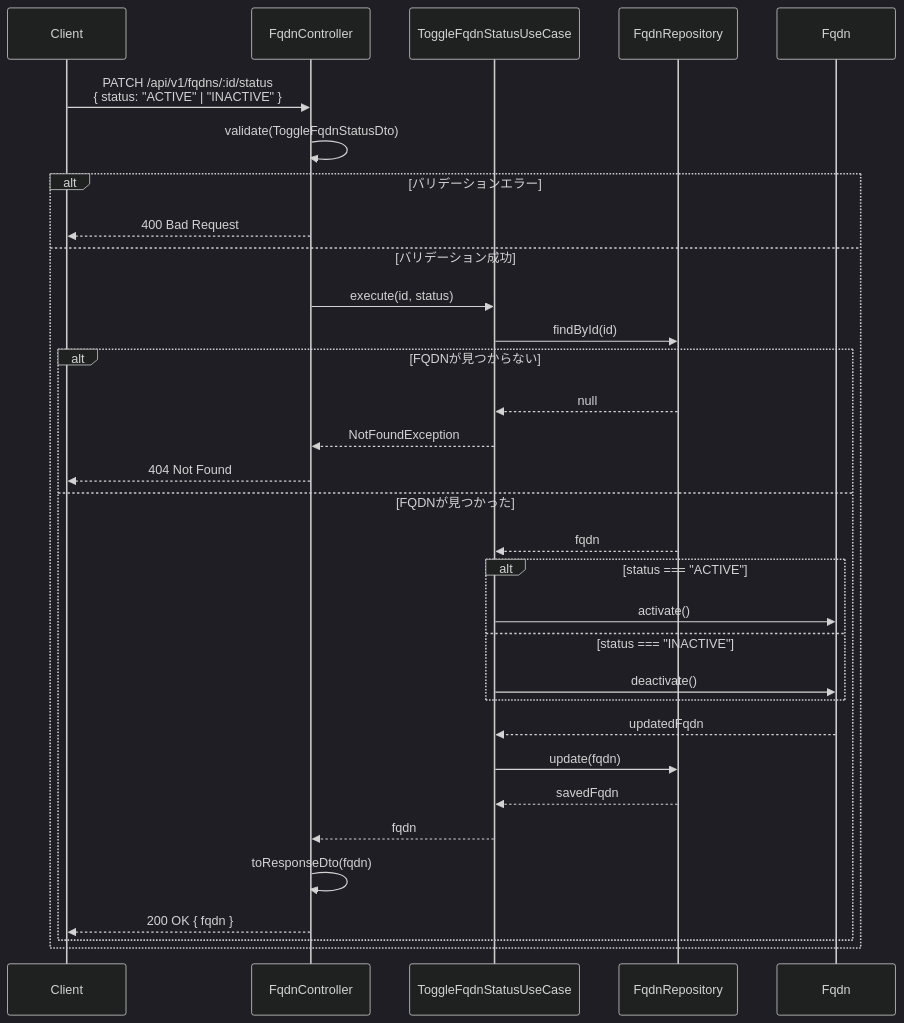
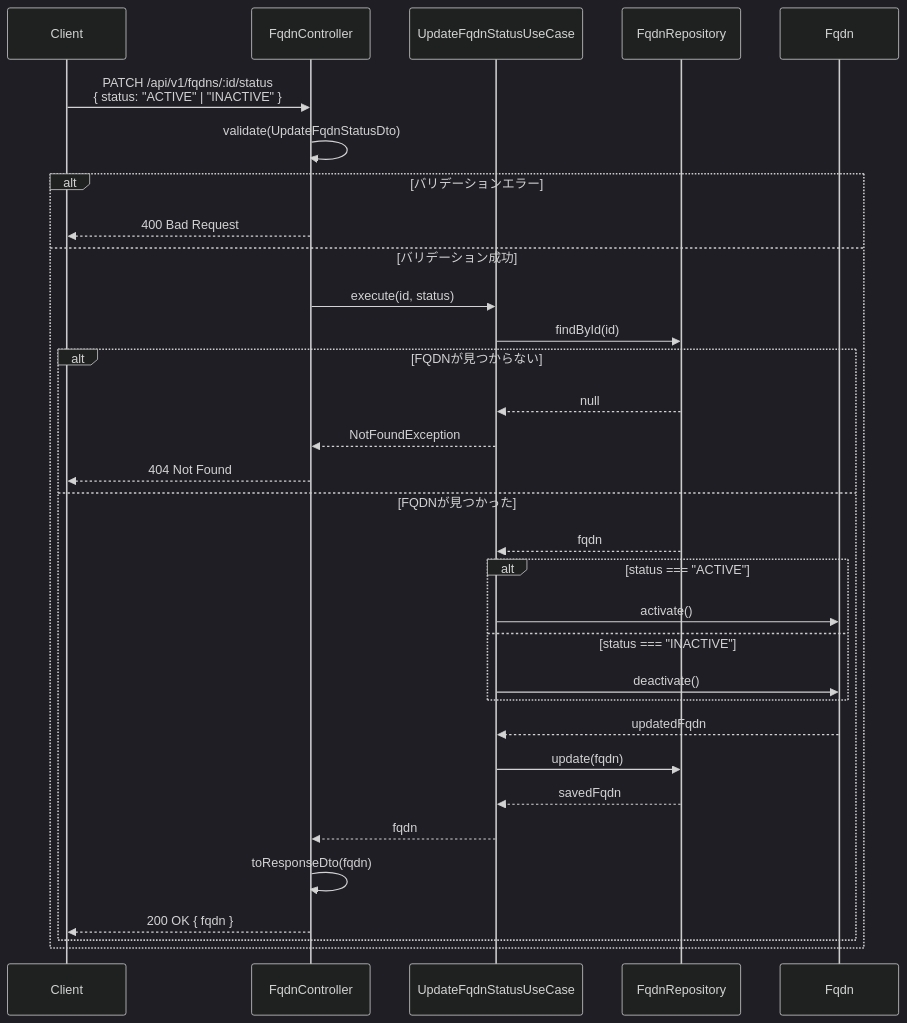
One commit to kencom2400/MrWebDefence-Console changed the sixth of 6 diagrams in docs/detailed-design/MWD-36_fqdn-management/sequence-diagrams.md. Above: the diagram before and after it, drawn with Mermaid (dark theme). The commit also changed 3 other files, not shown here.

First line of the commit message:
docs(fqdn-management): Gemini指摘対応 - ToggleFqdnStatusUseCaseをUpdateFqdnStatusUseCaseにリネーム

````diff
--- a/docs/detailed-design/MWD-36_fqdn-management/sequence-diagrams.md
+++ b/docs/detailed-design/MWD-36_fqdn-management/sequence-diagrams.md
@@ -184,42 +184,42 @@
 ```mermaid
 sequenceDiagram
     participant Client
     participant FqdnController
-    participant ToggleFqdnStatusUseCase
+    participant UpdateFqdnStatusUseCase
     participant FqdnRepository
     participant Fqdn
 
     Client->>FqdnController: PATCH /api/v1/fqdns/:id/status<br/>{ status: "ACTIVE" | "INACTIVE" }
-    FqdnController->>FqdnController: validate(ToggleFqdnStatusDto)
+    FqdnController->>FqdnController: validate(UpdateFqdnStatusDto)
     
     alt バリデーションエラー
         FqdnController-->>Client: 400 Bad Request
     else バリデーション成功
-        FqdnController->>ToggleFqdnStatusUseCase: execute(id, status)
+        FqdnController->>UpdateFqdnStatusUseCase: execute(id, status)
         
-        ToggleFqdnStatusUseCase->>FqdnRepository: findById(id)
+        UpdateFqdnStatusUseCase->>FqdnRepository: findById(id)
         
         alt FQDNが見つからない
-            FqdnRepository-->>ToggleFqdnStatusUseCase: null
-            ToggleFqdnStatusUseCase-->>FqdnController: NotFoundException
+            FqdnRepository-->>UpdateFqdnStatusUseCase: null
+            UpdateFqdnStatusUseCase-->>FqdnController: NotFoundException
             FqdnController-->>Client: 404 Not Found
         else FQDNが見つかった
-            FqdnRepository-->>ToggleFqdnStatusUseCase: fqdn
+            FqdnRepository-->>UpdateFqdnStatusUseCase: fqdn
             
             alt status === "ACTIVE"
-                ToggleFqdnStatusUseCase->>Fqdn: activate()
+                UpdateFqdnStatusUseCase->>Fqdn: activate()
             else status === "INACTIVE"
-                ToggleFqdnStatusUseCase->>Fqdn: deactivate()
+                UpdateFqdnStatusUseCase->>Fqdn: deactivate()
             end
             
-            Fqdn-->>ToggleFqdnStatusUseCase: updatedFqdn
+            Fqdn-->>UpdateFqdnStatusUseCase: updatedFqdn
             
-            ToggleFqdnStatusUseCase->>FqdnRepository: update(fqdn)
-            FqdnRepository-->>ToggleFqdnStatusUseCase: savedFqdn
+            UpdateFqdnStatusUseCase->>FqdnRepository: update(fqdn)
+            FqdnRepository-->>UpdateFqdnStatusUseCase: savedFqdn
             
-            ToggleFqdnStatusUseCase-->>FqdnController: fqdn
+            UpdateFqdnStatusUseCase-->>FqdnController: fqdn
             FqdnController->>FqdnController: toResponseDto(fqdn)
             FqdnController-->>Client: 200 OK { fqdn }
         end
     end
 ```
````
